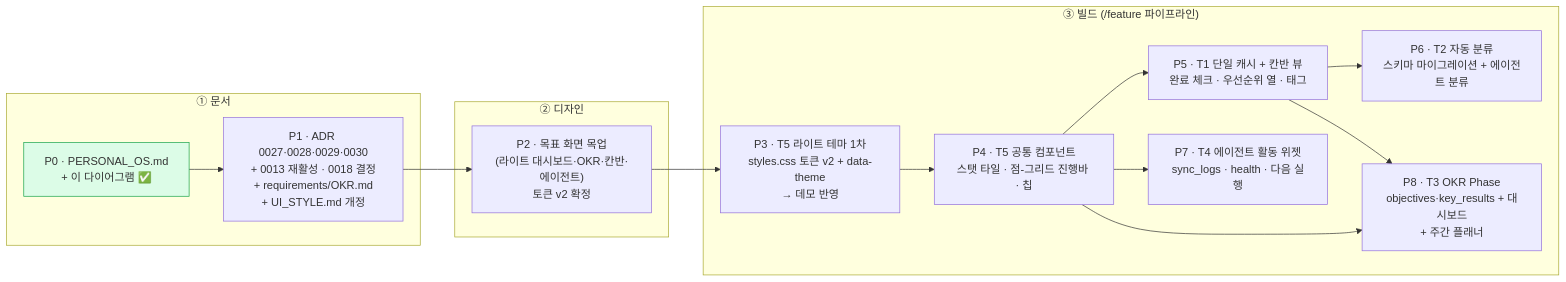
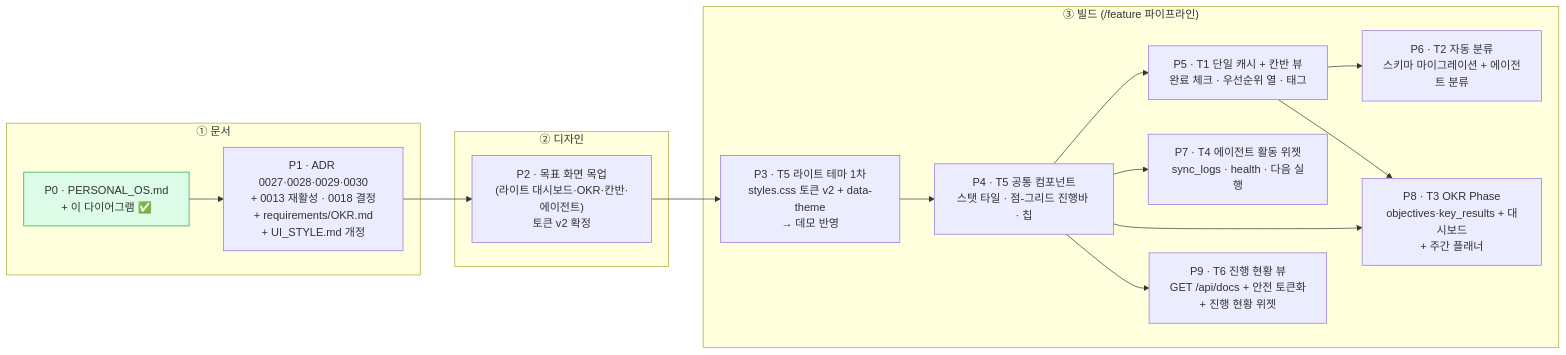
Before and after one commit to gamercross/my-setup-proj: the diagram in docs/progress/PROGRESS.md, drawn with Mermaid. The commit also changed other lines of this file and 2 other files, not shown here.

````diff
--- a/docs/progress/PROGRESS.md
+++ b/docs/progress/PROGRESS.md
@@ -304,26 +304,28 @@
 ```mermaid
 flowchart LR
   subgraph DOC["① 문서"]
     P0["P0 · PERSONAL_OS.md<br/>+ 이 다이어그램 ✅"]
     P1["P1 · ADR 0027·0028·0029·0030<br/>+ 0013 재활성 · 0018 결정<br/>+ requirements/OKR.md<br/>+ UI_STYLE.md 개정"]
   end
   subgraph DES["② 디자인"]
     P2["P2 · 목표 화면 목업<br/>(라이트 대시보드·OKR·칸반·에이전트)<br/>토큰 v2 확정"]
   end
   subgraph BUILD["③ 빌드 (/feature 파이프라인)"]
     P3["P3 · T5 라이트 테마 1차<br/>styles.css 토큰 v2 + data-theme<br/>→ 데모 반영"]
     P4["P4 · T5 공통 컴포넌트<br/>스탯 타일 · 점-그리드 진행바 · 칩"]
     P5["P5 · T1 단일 캐시 + 칸반 뷰<br/>완료 체크 · 우선순위 열 · 태그"]
     P6["P6 · T2 자동 분류<br/>스키마 마이그레이션 + 에이전트 분류"]
     P7["P7 · T4 에이전트 활동 위젯<br/>sync_logs · health · 다음 실행"]
     P8["P8 · T3 OKR Phase<br/>objectives·key_results + 대시보드<br/>+ 주간 플래너"]
+    P9["P9 · T6 진행 현황 뷰<br/>GET /api/docs + 안전 토큰화<br/>+ 진행 현황 위젯"]
   end
 
   P0 --> P1 --> P2 --> P3 --> P4
   P4 --> P5 --> P6
   P4 --> P7
   P4 --> P8
+  P4 --> P9
   P5 --> P8
 
   style P0 fill:#dcfce7,stroke:#16a34a
 ```
````
